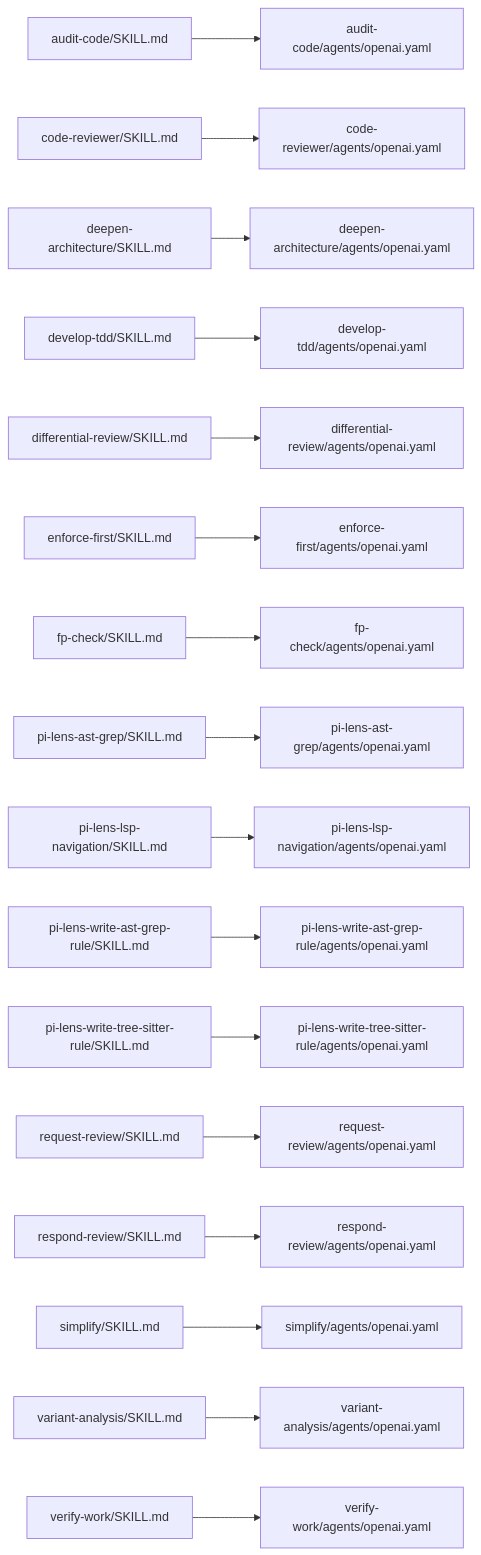
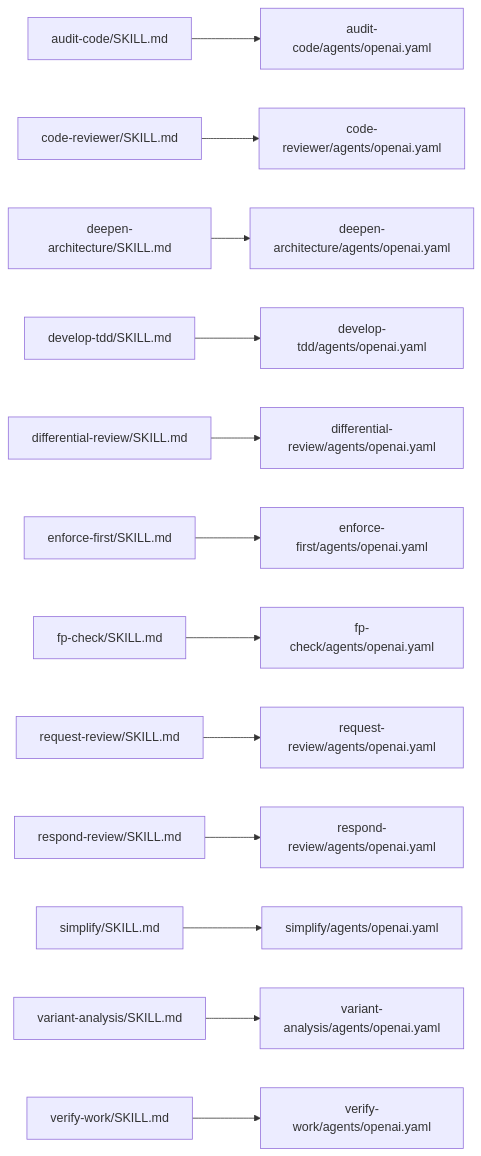
Before and after one commit to Sherlock-Shi/pi-codex-kit: the fourth of 4 diagrams in .qoder/repowiki/en/content/Core Architecture/Agent Framework/Agent Framework.md, drawn with Mermaid. The commit also changed other lines of this file and 47 other files, not shown here.

````diff
--- a/.qoder/repowiki/en/content/Core Architecture/Agent Framework/Agent Framework.md
+++ b/.qoder/repowiki/en/content/Core Architecture/Agent Framework/Agent Framework.md
@@ -336,19 +304,15 @@
 ```mermaid
 graph LR
 Audit["audit-code/SKILL.md"] --> ACfg["audit-code/agents/openai.yaml"]
 Review["code-reviewer/SKILL.md"] --> RCfg["code-reviewer/agents/openai.yaml"]
 Deepen["deepen-architecture/SKILL.md"] --> DCfg["deepen-architecture/agents/openai.yaml"]
 TDD["develop-tdd/SKILL.md"] --> TDDCfg["develop-tdd/agents/openai.yaml"]
 Diff["differential-review/SKILL.md"] --> DFCfg["differential-review/agents/openai.yaml"]
 Enforce["enforce-first/SKILL.md"] --> EFCfg["enforce-first/agents/openai.yaml"]
 FP["fp-check/SKILL.md"] --> FPCfg["fp-check/agents/openai.yaml"]
-AstGrep["pi-lens-ast-grep/SKILL.md"] --> AGCfg["pi-lens-ast-grep/agents/openai.yaml"]
-LSP["pi-lens-lsp-navigation/SKILL.md"] --> LCfg["pi-lens-lsp-navigation/agents/openai.yaml"]
-WriteAG["pi-lens-write-ast-grep-rule/SKILL.md"] --> WAGCfg["pi-lens-write-ast-grep-rule/agents/openai.yaml"]
-WriteTS["pi-lens-write-tree-sitter-rule/SKILL.md"] --> WTCfg["pi-lens-write-tree-sitter-rule/agents/openai.yaml"]
 ReqRev["request-review/SKILL.md"] --> RRCfg["request-review/agents/openai.yaml"]
 RespRev["respond-review/SKILL.md"] --> SRCfg["respond-review/agents/openai.yaml"]
 Simplify["simplify/SKILL.md"] --> SCfg["simplify/agents/openai.yaml"]
 Variant["variant-analysis/SKILL.md"] --> VACfg["variant-analysis/agents/openai.yaml"]
 Verify["verify-work/SKILL.md"] --> VFCfg["verify-work/agents/openai.yaml"]
 ```
````
